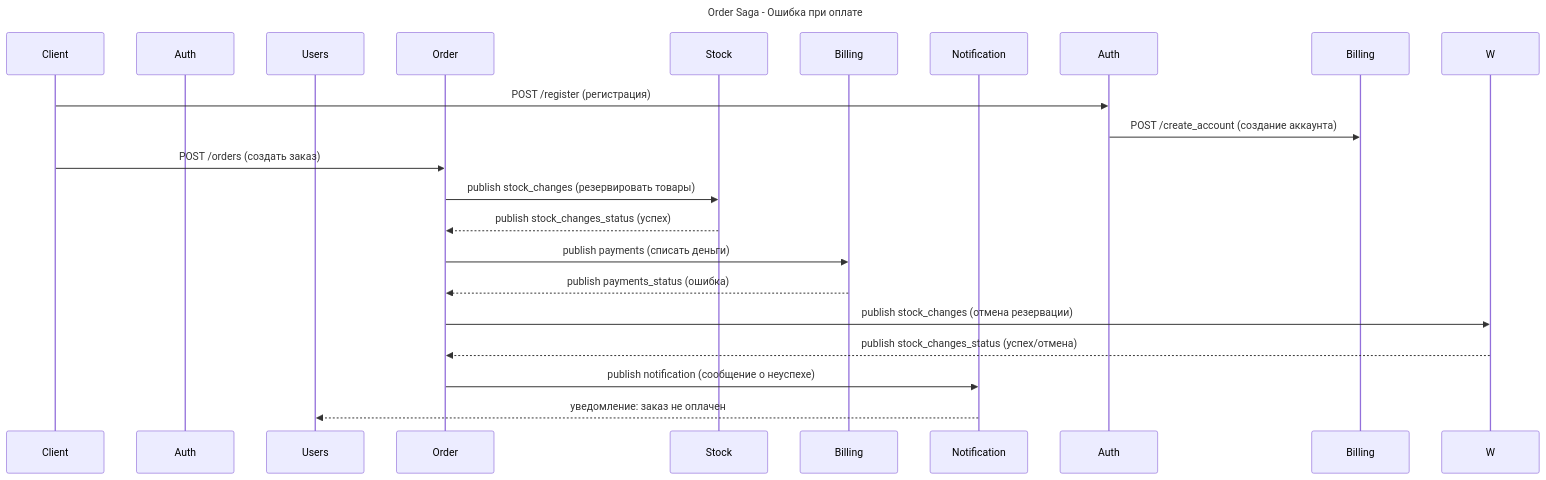
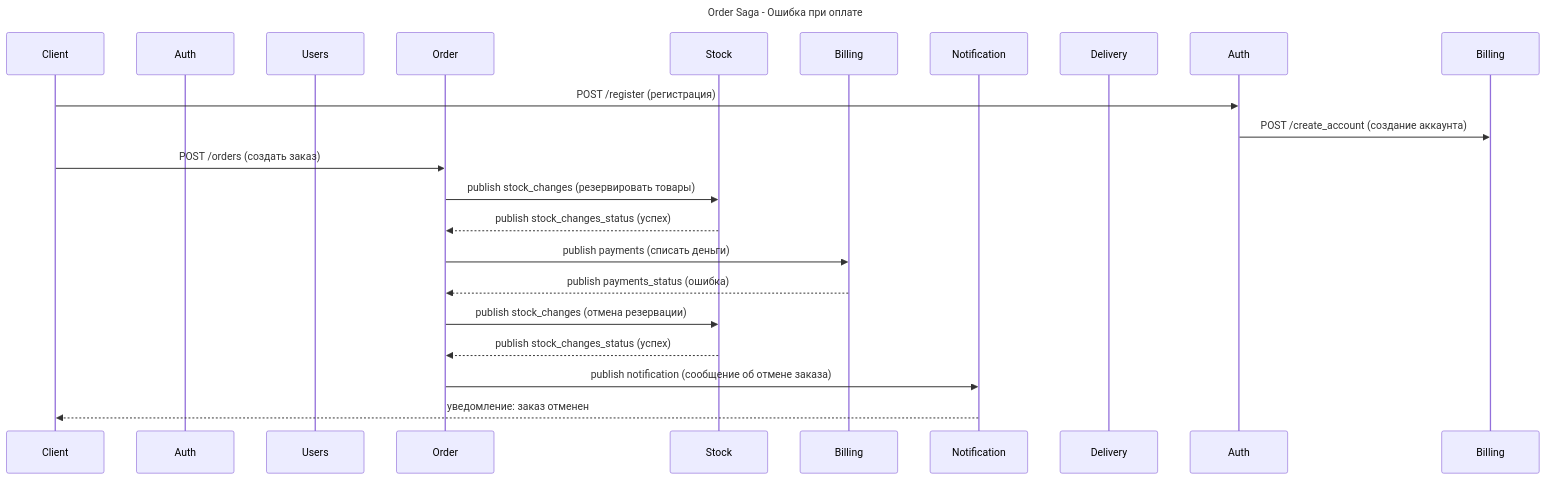
One commit to maksonday/miniapp changed the third of 4 diagrams in README.md. Above: the diagram before and after it, drawn with Mermaid. The commit also changed other lines of this file and 3 other files, not shown here.

````diff
--- a/README.md
+++ b/README.md
@@ -139,29 +157,30 @@
 ```mermaid
 sequenceDiagram
     title Order Saga - Ошибка при оплате
 
     participant C as Client
     participant A as Auth
     participant U as Users
     participant O as Order
     participant S as Stock
     participant B as Billing
     participant N as Notification
+    participant D as Delivery
 
     C->>Auth: POST /register (регистрация)
     Auth->>Billing: POST /create_account (создание аккаунта)
 
     C->>O: POST /orders (создать заказ)
     
     O->>S: publish stock_changes (резервировать товары)
     S-->>O: publish stock_changes_status (успех)
 
     O->>B: publish payments (списать деньги)
     B-->>O: publish payments_status (ошибка)
 
-    O->>W: publish stock_changes (отмена резервации)
-    W-->>O: publish stock_changes_status (успех/отмена)
+    O->>S: publish stock_changes (отмена резервации)
+    S-->>O: publish stock_changes_status (успех)
 
-    O->>N: publish notification (сообщение о неуспехе)
-    N-->>U: уведомление: заказ не оплачен
+    O->>N: publish notification (сообщение об отмене заказа)
+    N-->>C: уведомление: заказ отменен
 ```
````
